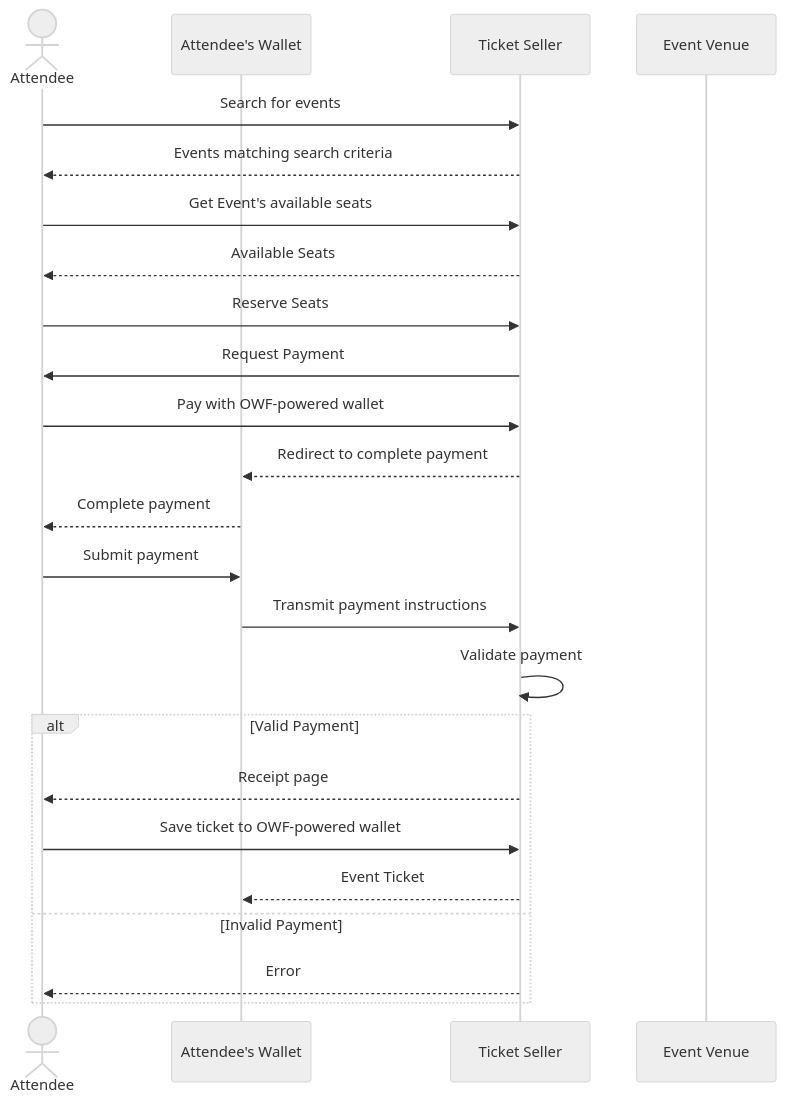
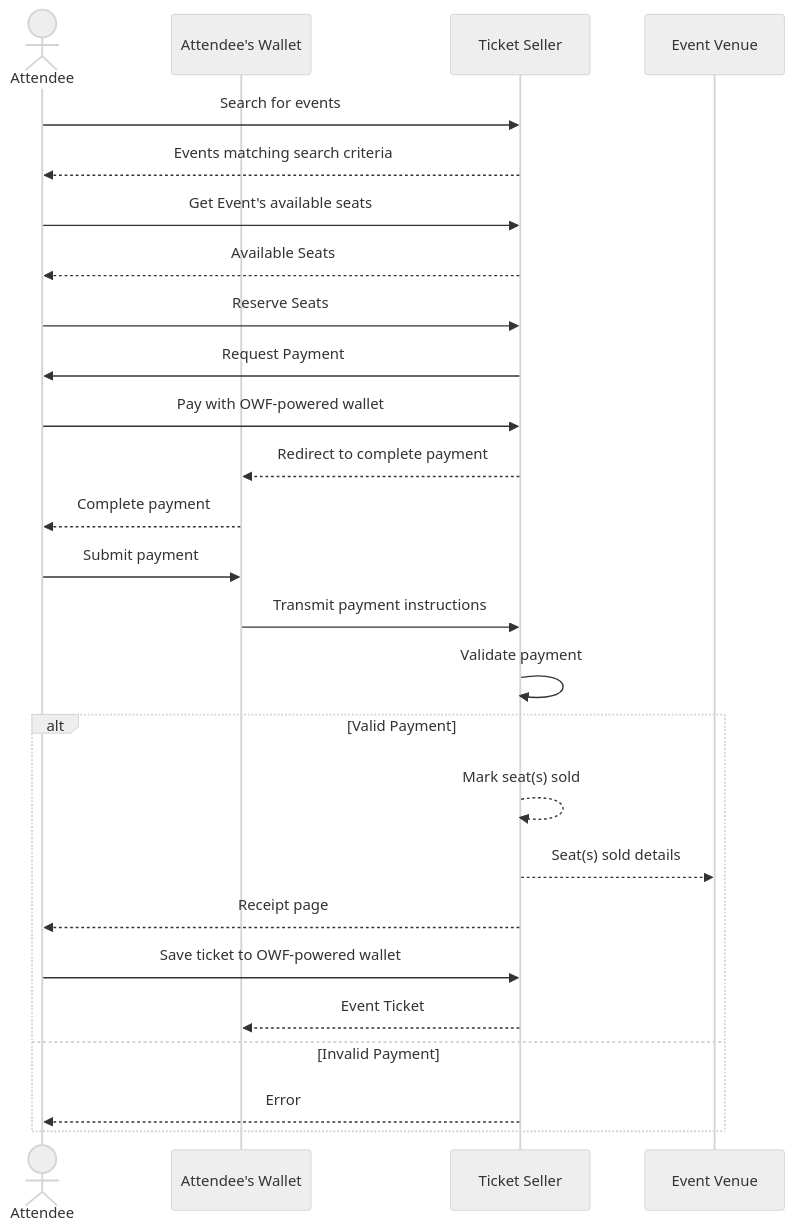
The second of 3 diagrams in docs/use-cases/event-use-case.md (openwallet-foundation/architecture-sig), drawn with Mermaid (neutral theme) before and after one commit.

Commit message:
Update sequence diagram

````diff
--- a/docs/use-cases/event-use-case.md
+++ b/docs/use-cases/event-use-case.md
@@ -33,26 +33,28 @@
 ```mermaid
 sequenceDiagram
   actor a as Attendee
   participant aw as Attendee's Wallet
   participant ts as Ticket Seller
   participant ev as Event Venue
   a->>ts: Search for events
   ts-->>a: Events matching search criteria
   a->>ts: Get Event's available seats
   ts-->>a: Available Seats
   a->>ts: Reserve Seats
   ts->>a: Request Payment
   a->>ts: Pay with OWF-powered wallet
   ts-->>aw: Redirect to complete payment
   aw-->>a: Complete payment
   a->>aw: Submit payment
   aw->>ts: Transmit payment instructions
   ts->>ts: Validate payment
   alt Valid Payment
+    ts-->>ts: Mark seat(s) sold
+    ts-->>ev: Seat(s) sold details
     ts-->>a: Receipt page
     a->>ts: Save ticket to OWF-powered wallet
     ts-->>aw: Event Ticket
   else Invalid Payment
     ts-->>a: Error
   end
 ```
````
